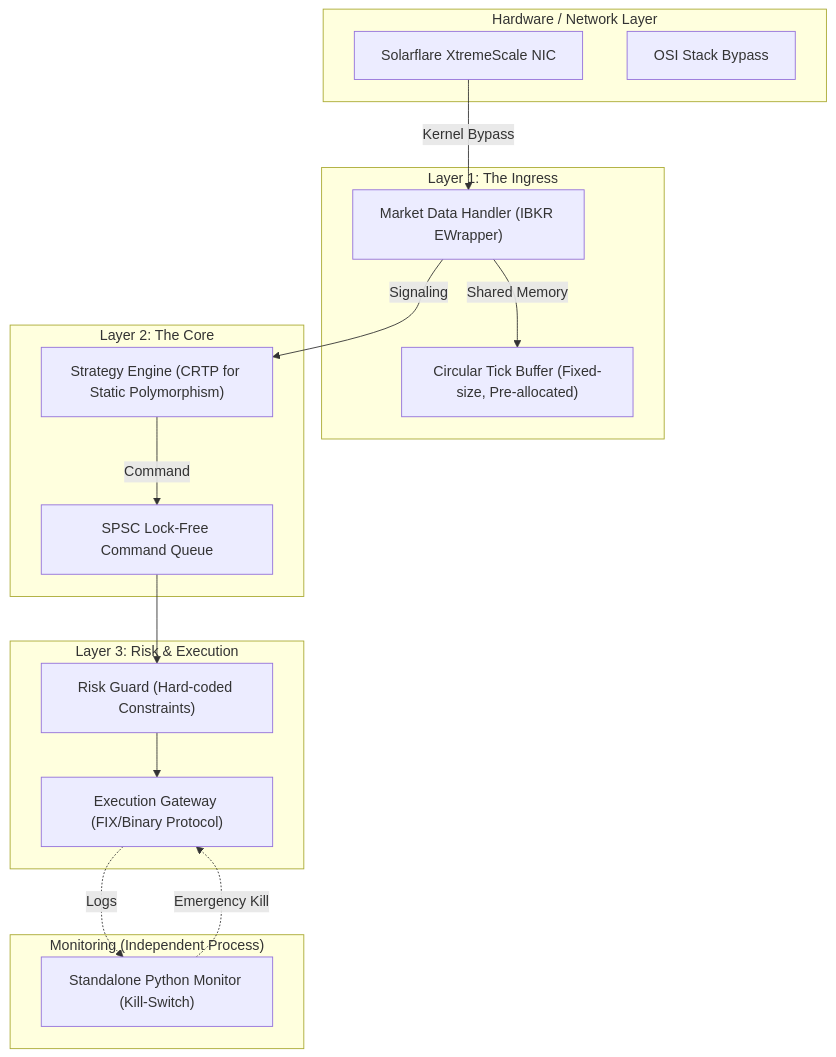
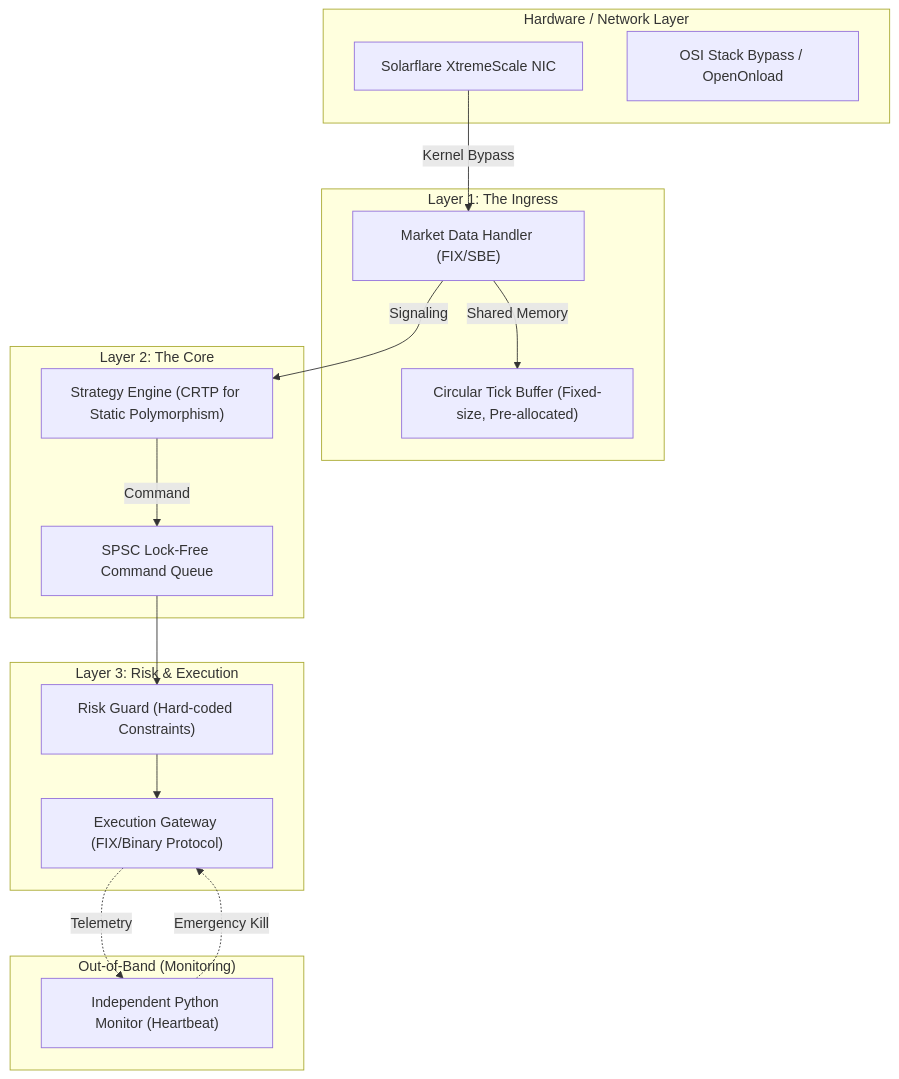
Before and after one commit to MarcYourMind/MarcYourMind.github.io: the diagram in content/articles/building-low-latency-trading-systems.mdx, drawn with Mermaid. The commit also changed other lines of this file and 3 other files, not shown here.

````diff
--- a/content/articles/building-low-latency-trading-systems.mdx
+++ b/content/articles/building-low-latency-trading-systems.mdx
@@ -46,35 +52,35 @@
 ```mermaid
 graph TD
     subgraph "Hardware / Network Layer"
         NIC[Solarflare XtremeScale NIC]
-        OB[OSI Stack Bypass]
+        OB[OSI Stack Bypass / OpenOnload]
     end
 
     subgraph "Layer 1: The Ingress"
-        MD["Market Data Handler (IBKR EWrapper)"]
+        MD["Market Data Handler (FIX/SBE)"]
         CTB["Circular Tick Buffer (Fixed-size, Pre-allocated)"]
     end
 
     subgraph "Layer 2: The Core"
         CRTP["Strategy Engine (CRTP for Static Polymorphism)"]
         SPSC["SPSC Lock-Free Command Queue"]
     end
 
     subgraph "Layer 3: Risk & Execution"
         RG["Risk Guard (Hard-coded Constraints)"]
         GW["Execution Gateway (FIX/Binary Protocol)"]
     end
 
-    subgraph "Monitoring (Independent Process)"
-        PM["Standalone Python Monitor (Kill-Switch)"]
+    subgraph "Out-of-Band (Monitoring)"
+        PM["Independent Python Monitor (Heartbeat)"]
     end
 
     NIC -->|Kernel Bypass| MD
     MD -->|Shared Memory| CTB
     MD -->|Signaling| CRTP
     CRTP -->|Command| SPSC
     SPSC --> RG
     RG --> GW
-    GW -.->|Logs| PM
+    GW -.->|Telemetry| PM
     PM -.->|Emergency Kill| GW
 ```
````
